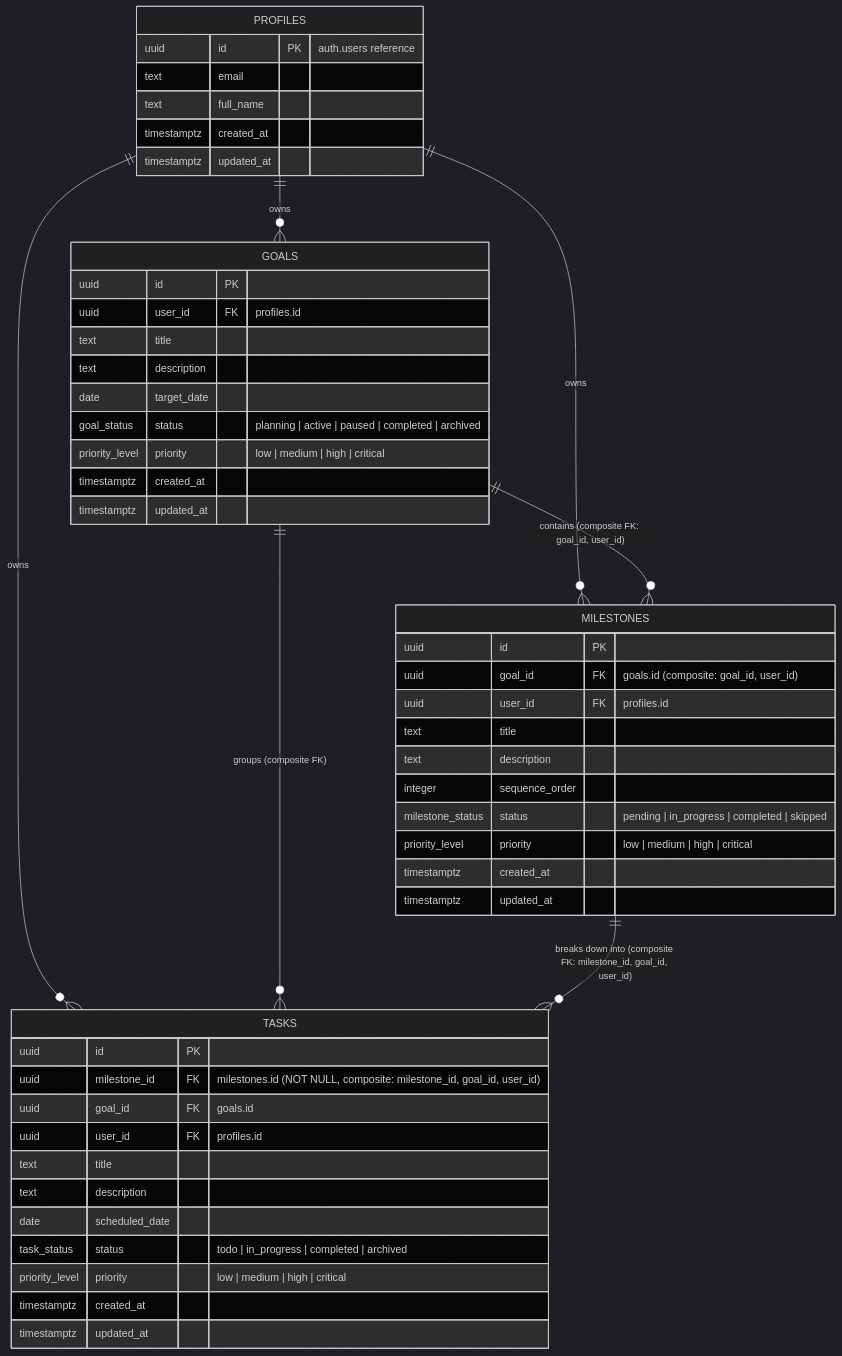
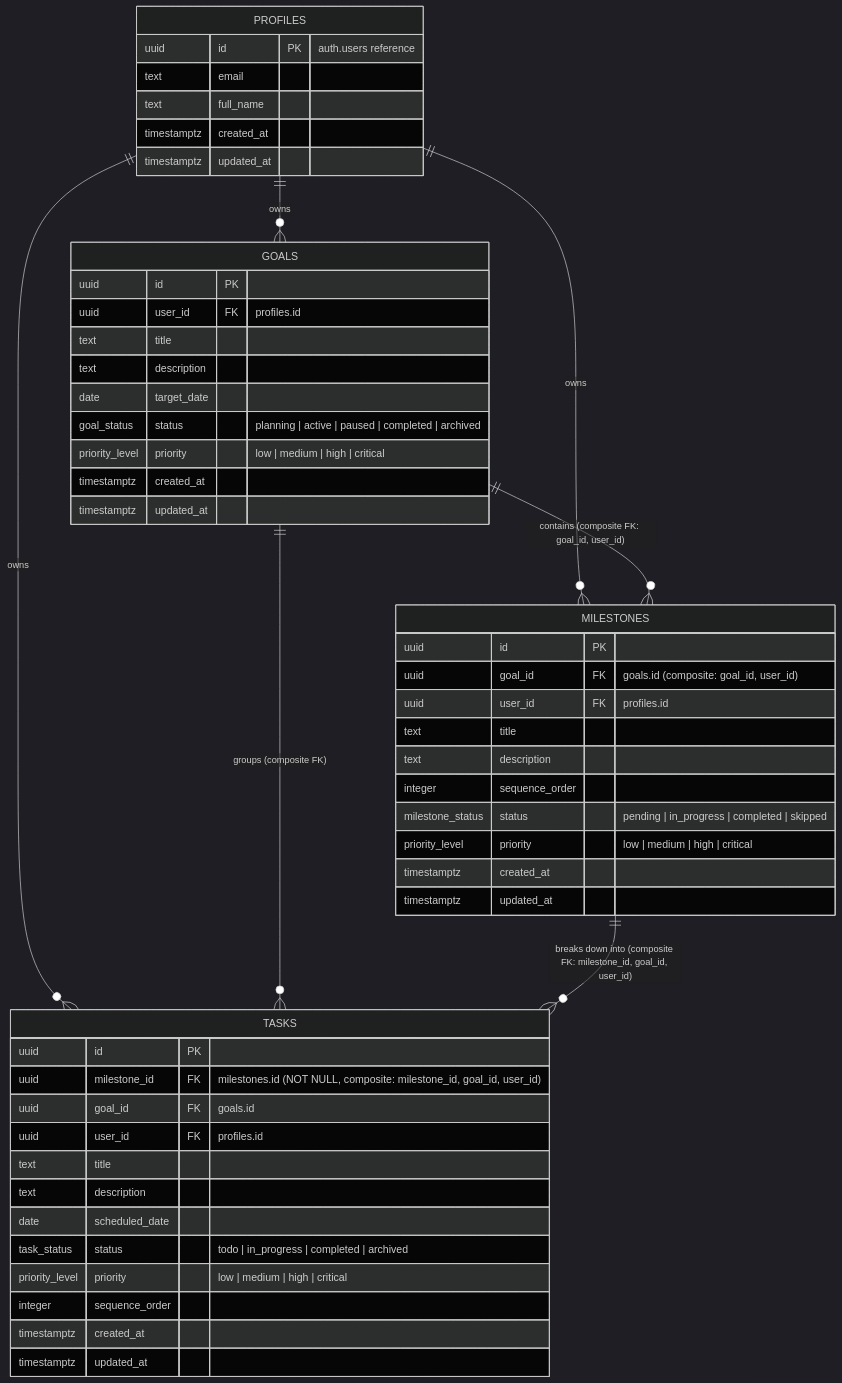
Before and after one commit to XBoT95/Stride: the diagram in docs/erd.md, drawn with Mermaid (dark theme). The commit also changed other lines of this file and 8 other files, not shown here.

````diff
--- a/docs/erd.md
+++ b/docs/erd.md
@@ -10,56 +10,57 @@
 ```mermaid
 erDiagram
     PROFILES ||--o{ GOALS : "owns"
     PROFILES ||--o{ MILESTONES : "owns"
     PROFILES ||--o{ TASKS : "owns"
     GOALS ||--o{ MILESTONES : "contains (composite FK: goal_id, user_id)"
     GOALS ||--o{ TASKS : "groups (composite FK)"
     MILESTONES ||--o{ TASKS : "breaks down into (composite FK: milestone_id, goal_id, user_id)"
 
     PROFILES {
         uuid id PK "auth.users reference"
         text email
         text full_name
         timestamptz created_at
         timestamptz updated_at
     }
 
     GOALS {
         uuid id PK
         uuid user_id FK "profiles.id"
         text title
         text description
         date target_date
         goal_status status "planning | active | paused | completed | archived"
         priority_level priority "low | medium | high | critical"
         timestamptz created_at
         timestamptz updated_at
     }
 
     MILESTONES {
         uuid id PK
         uuid goal_id FK "goals.id (composite: goal_id, user_id)"
         uuid user_id FK "profiles.id"
         text title
         text description
         integer sequence_order
         milestone_status status "pending | in_progress | completed | skipped"
         priority_level priority "low | medium | high | critical"
         timestamptz created_at
         timestamptz updated_at
     }
 
     TASKS {
         uuid id PK
         uuid milestone_id FK "milestones.id (NOT NULL, composite: milestone_id, goal_id, user_id)"
         uuid goal_id FK "goals.id"
         uuid user_id FK "profiles.id"
         text title
         text description
         date scheduled_date
         task_status status "todo | in_progress | completed | archived"
         priority_level priority "low | medium | high | critical"
+        integer sequence_order
         timestamptz created_at
         timestamptz updated_at
     }
 ```
````
